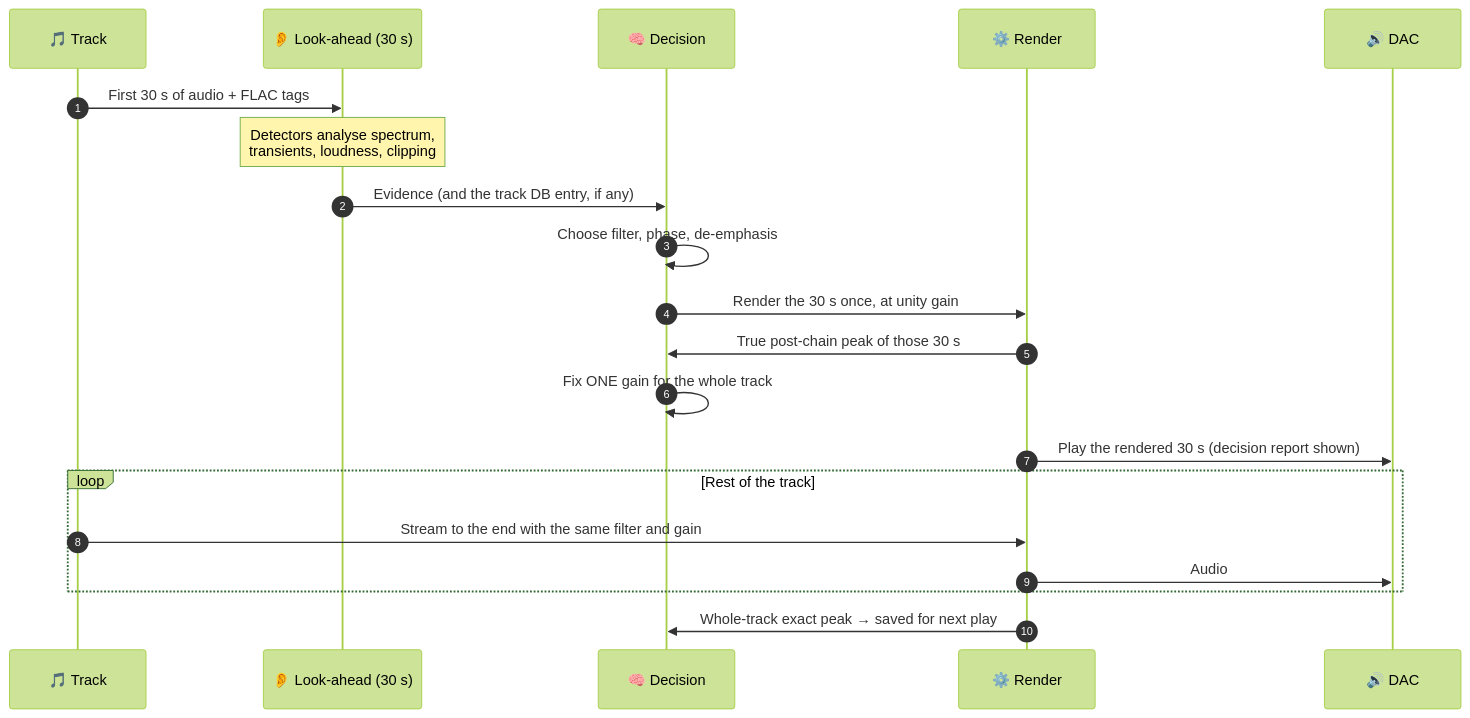
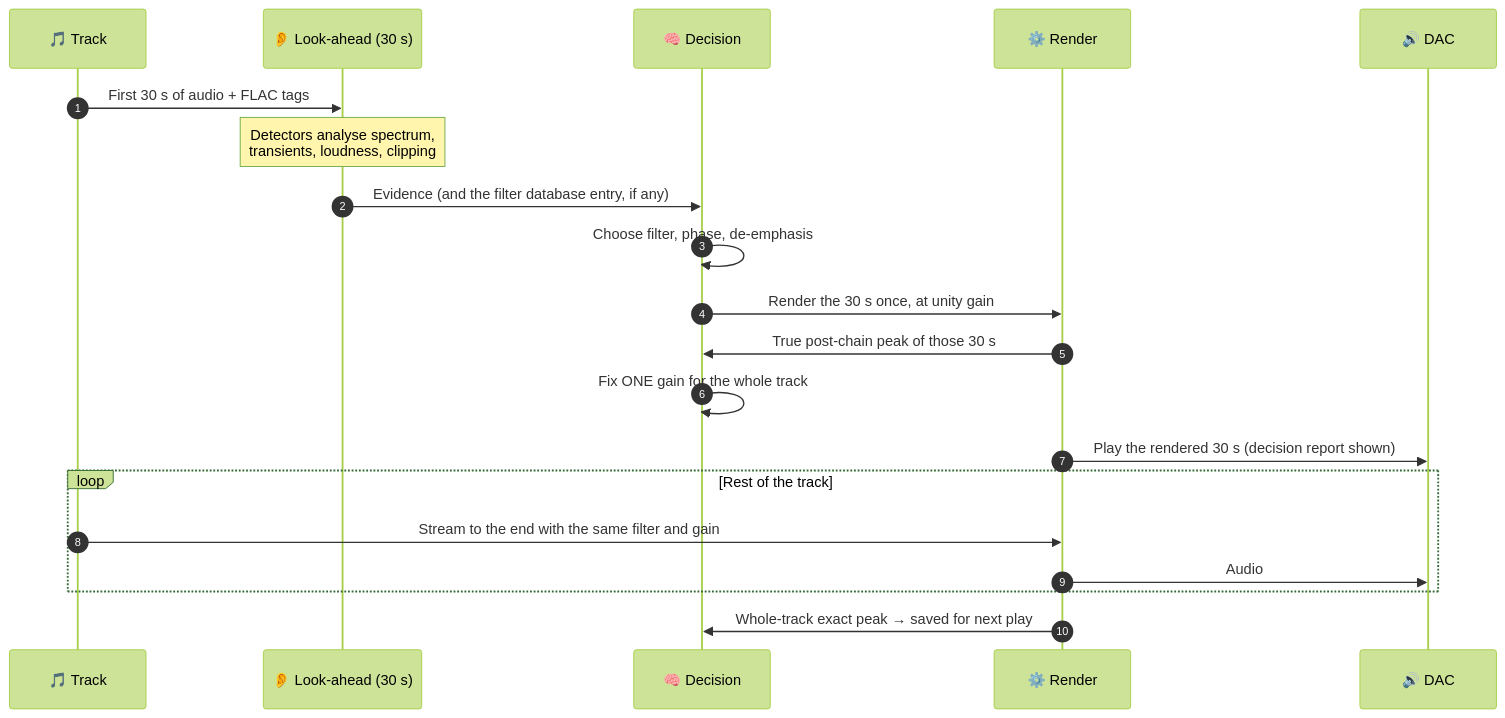
Before and after one commit to androxylo/audiophile_player: the second of 6 diagrams in docs/ULTIMATE_MODE.md, drawn with Mermaid (forest theme). The commit also changed other lines of this file and 11 other files, not shown here.

````diff
--- a/docs/ULTIMATE_MODE.md
+++ b/docs/ULTIMATE_MODE.md
@@ -29,23 +31,23 @@
 ```mermaid
 sequenceDiagram
     autonumber
     participant F as 🎵 Track
     participant L as 👂 Look-ahead (30 s)
     participant B as 🧠 Decision
     participant R as ⚙️ Render
     participant D as 🔊 DAC
 
     F->>L: First 30 s of audio + FLAC tags
     Note over L: Detectors analyse spectrum,<br/>transients, loudness, clipping
-    L->>B: Evidence (and the track DB entry, if any)
+    L->>B: Evidence (and the filter database entry, if any)
     B->>B: Choose filter, phase, de-emphasis
     B->>R: Render the 30 s once, at unity gain
     R->>B: True post-chain peak of those 30 s
     B->>B: Fix ONE gain for the whole track
     R->>D: Play the rendered 30 s (decision report shown)
     loop Rest of the track
         F->>R: Stream to the end with the same filter and gain
         R->>D: Audio
     end
     R->>B: Whole-track exact peak → saved for next play
 ```
````
